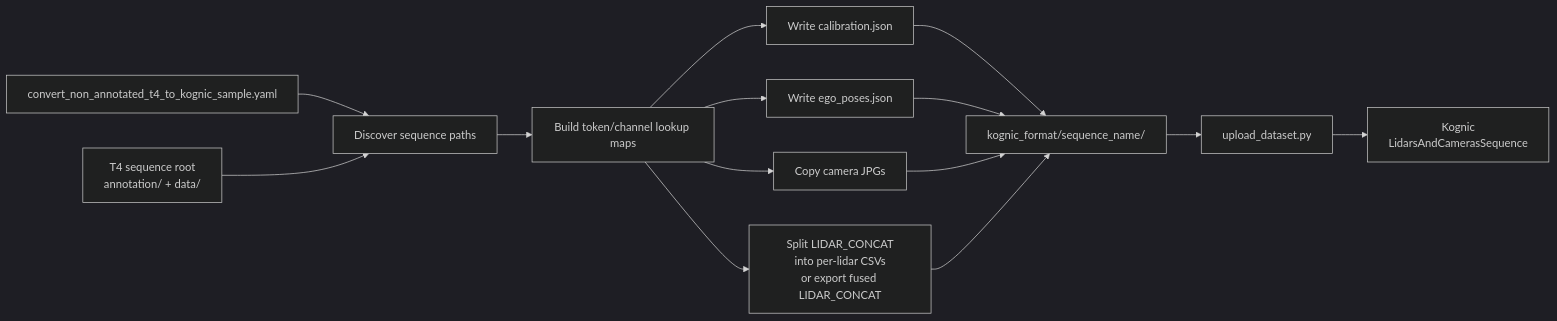
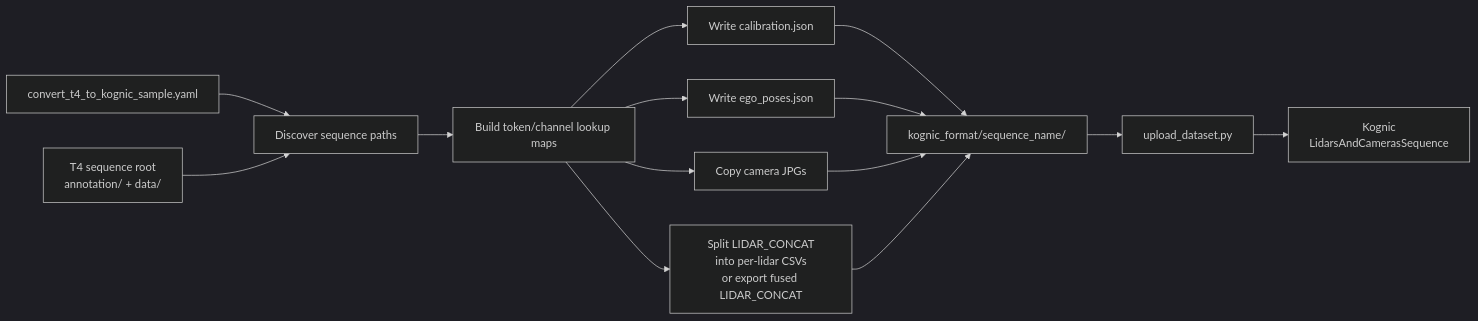
Before and after one commit to tier4/tier4_perception_dataset: the first of 7 diagrams in docs/tier_iv_t4_extractor_to_kognic.md, drawn with Mermaid (dark theme). The commit also changed other lines of this file and 4 other files, not shown here.

Commit message:
feat: renamed non_annotated_t4 into t4 (for both annotated and non-annotated

````diff
--- a/docs/tier_iv_t4_extractor_to_kognic.md
+++ b/docs/tier_iv_t4_extractor_to_kognic.md
@@ -158,28 +158,28 @@
 ```mermaid
 flowchart LR
-  Config["convert_non_annotated_t4_to_kognic_sample.yaml"]
+  Config["convert_t4_to_kognic_sample.yaml"]
   T4["T4 sequence root<br/>annotation/ + data/"]
   Discover["Discover sequence paths"]
   Lookups["Build token/channel lookup maps"]
   Calibration["Write calibration.json"]
   Ego["Write ego_poses.json"]
   Images["Copy camera JPGs"]
   Lidar["Split LIDAR_CONCAT<br/>into per-lidar CSVs<br/>or export fused LIDAR_CONCAT"]
   Extracted["kognic_format/sequence_name/"]
   Upload["upload_dataset.py"]
   Kognic["Kognic<br/>LidarsAndCamerasSequence"]
 
   Config --> Discover
   T4 --> Discover
   Discover --> Lookups
   Lookups --> Calibration
   Lookups --> Ego
   Lookups --> Images
   Lookups --> Lidar
   Calibration --> Extracted
   Ego --> Extracted
   Images --> Extracted
   Lidar --> Extracted
   Extracted --> Upload
   Upload --> Kognic
 ```
````
